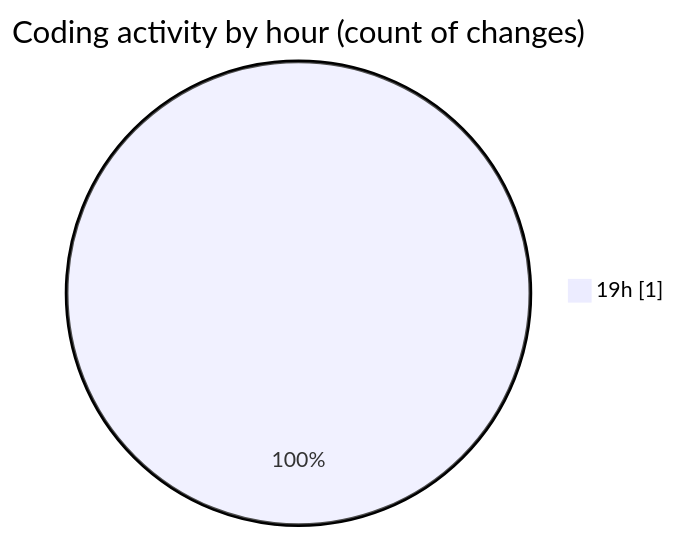
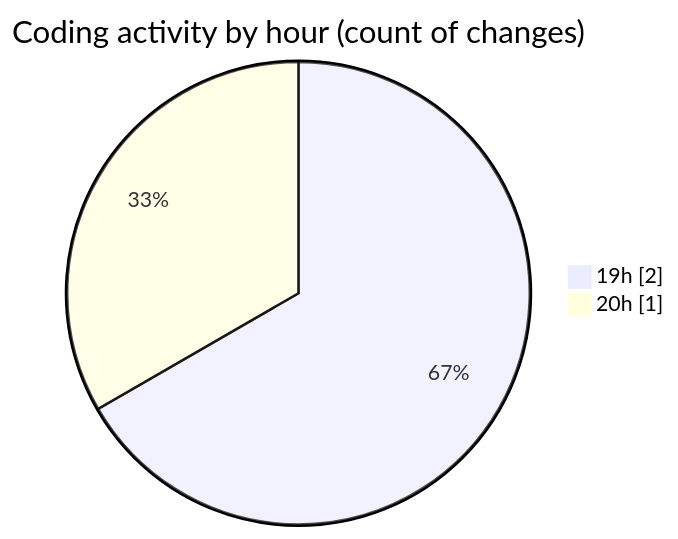
The second of 2 diagrams in 2026-03-01/cilwebcustomercomunication/README.md (ricardozamudiocil/code-tracking), drawn with Mermaid before and after one commit. The commit also changed other lines of this file and 1 other file, not shown here.

````diff
--- a/2026-03-01/cilwebcustomercomunication/README.md
+++ b/2026-03-01/cilwebcustomercomunication/README.md
@@ -28,5 +28,6 @@
 ```mermaid
 pie showData
 title Coding activity by hour (count of changes)
-"19h" : 1
+"19h" : 2
+"20h" : 1
 ```
````
